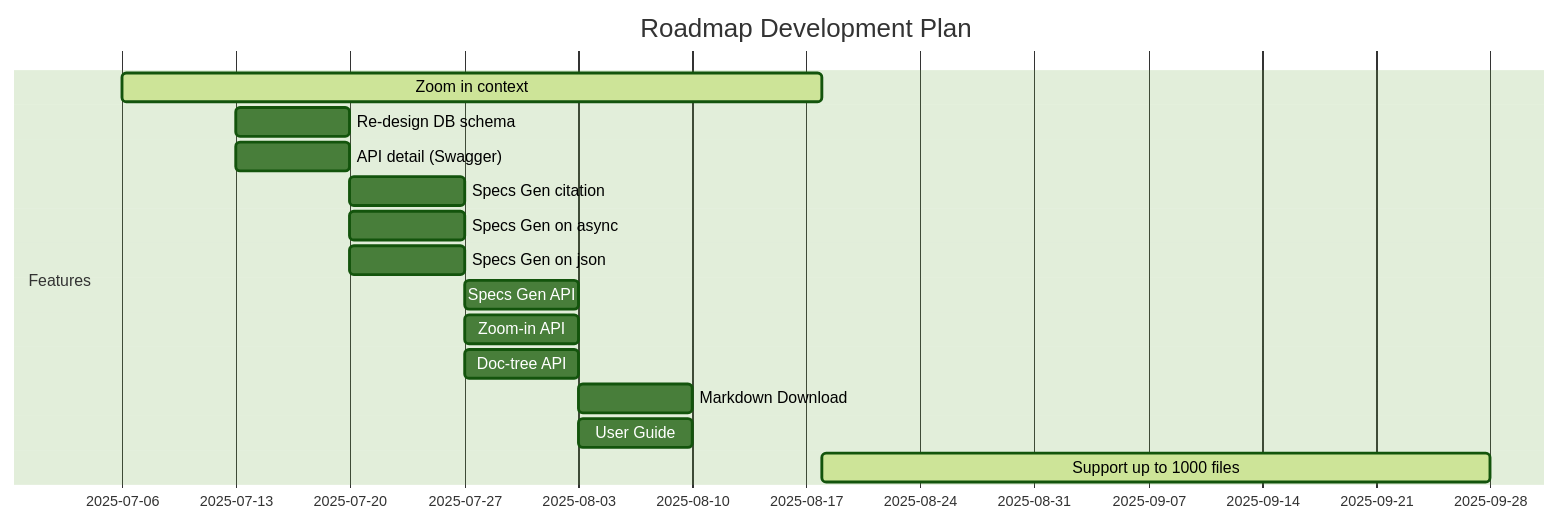
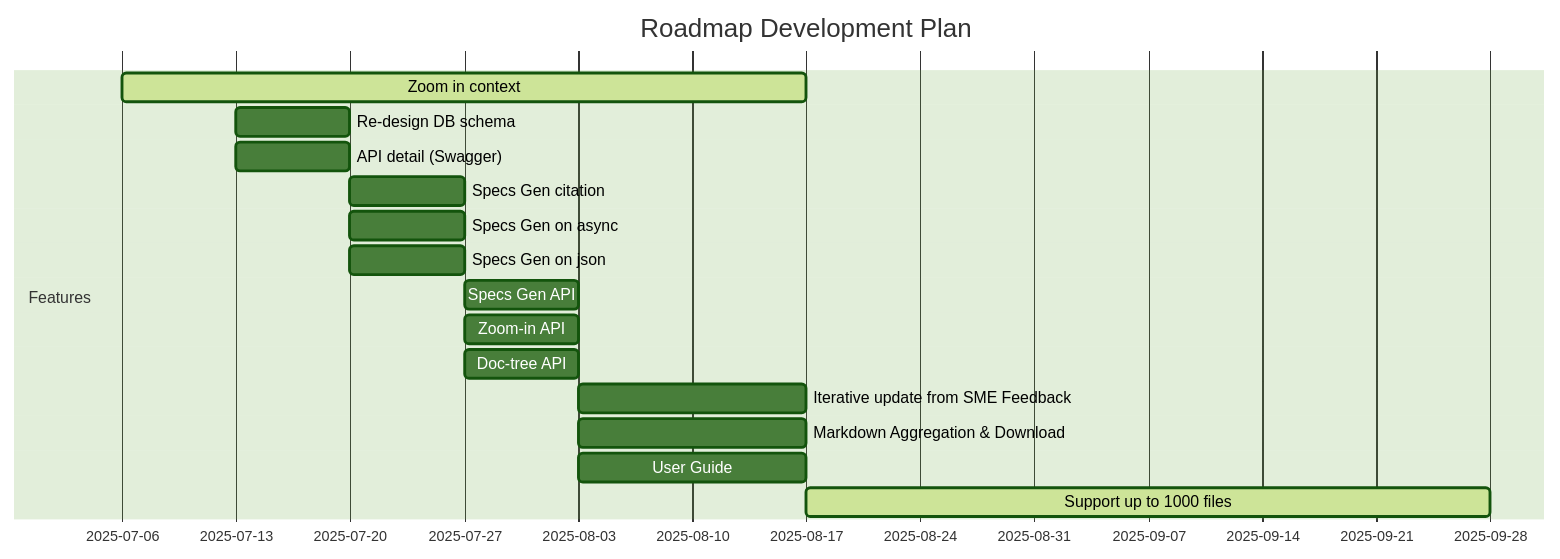
One commit to anhttmle/CAIO changed the diagram in C2B/Phase 2/Roadmap.md. Above: the diagram before and after it, drawn with Mermaid (forest theme).

````diff
--- a/C2B/Phase 2/Roadmap.md
+++ b/C2B/Phase 2/Roadmap.md
@@ -3,28 +3,34 @@
 ```mermaid
 
 gantt
     title Roadmap Development Plan
     dateFormat  YYYY-MM-DD
     axisFormat  %Y-%m-%d
     section Features
-    Zoom in context                     :active, zoom, 2025-07-06, 2025-08-18
+    Zoom in context                     :active, zoom, 2025-07-06, 2025-08-17
 
     Re-design DB schema                :db_schema, 2025-07-13, 2025-07-20
     API detail (Swagger)            :doc_api, 2025-07-13, 2025-07-20
 
     Specs Gen citation             :citation_api, 2025-07-20, 2025-07-27
     Specs Gen on async         :specs_async, 2025-07-20, 2025-07-27
     Specs Gen on json             :convert_json, 2025-07-20, 2025-07-27
     
     Specs Gen API   :gen_specs, 2025-07-27, 2025-08-03
     Zoom-in API   :zoom-in, 2025-07-27, 2025-08-03
     Doc-tree API   :doc-tree, 2025-07-27, 2025-08-03
 
-    Markdown Download   :markdown, 2025-08-03, 2025-08-10
-    User Guide          :user-guide, 2025-08-03, 2025-08-10
+    Iterative update from SME Feedback  :optimize, 2025-08-03, 2025-08-17
+    Markdown Aggregation & Download   :markdown, 2025-08-03, 2025-08-17
+    User Guide          :user-guide, 2025-08-03, 2025-08-17
 
 
-    Support up to 1000 files           :active, scale_up, 2025-08-18, 2025-09-28
+    Support up to 1000 files           :active, scale_up, 2025-08-17, 2025-09-28
+
+    
+
+
+
 
 
 ```
````
